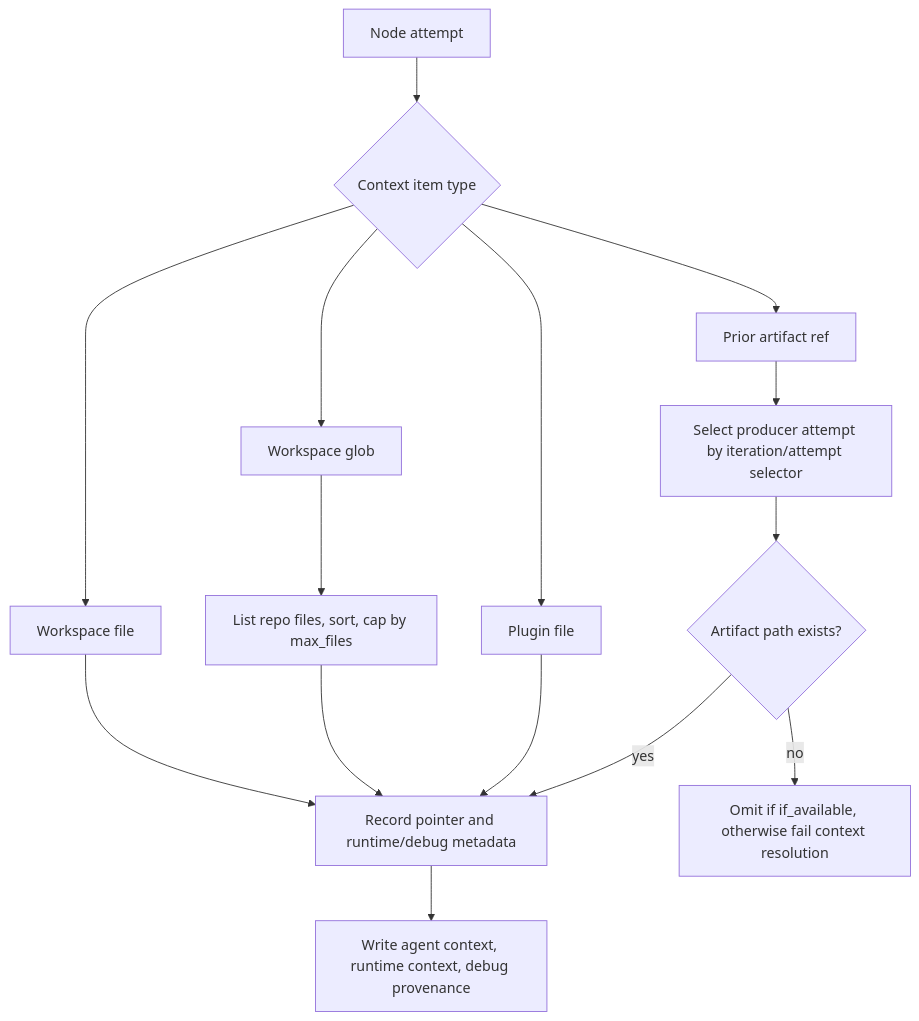
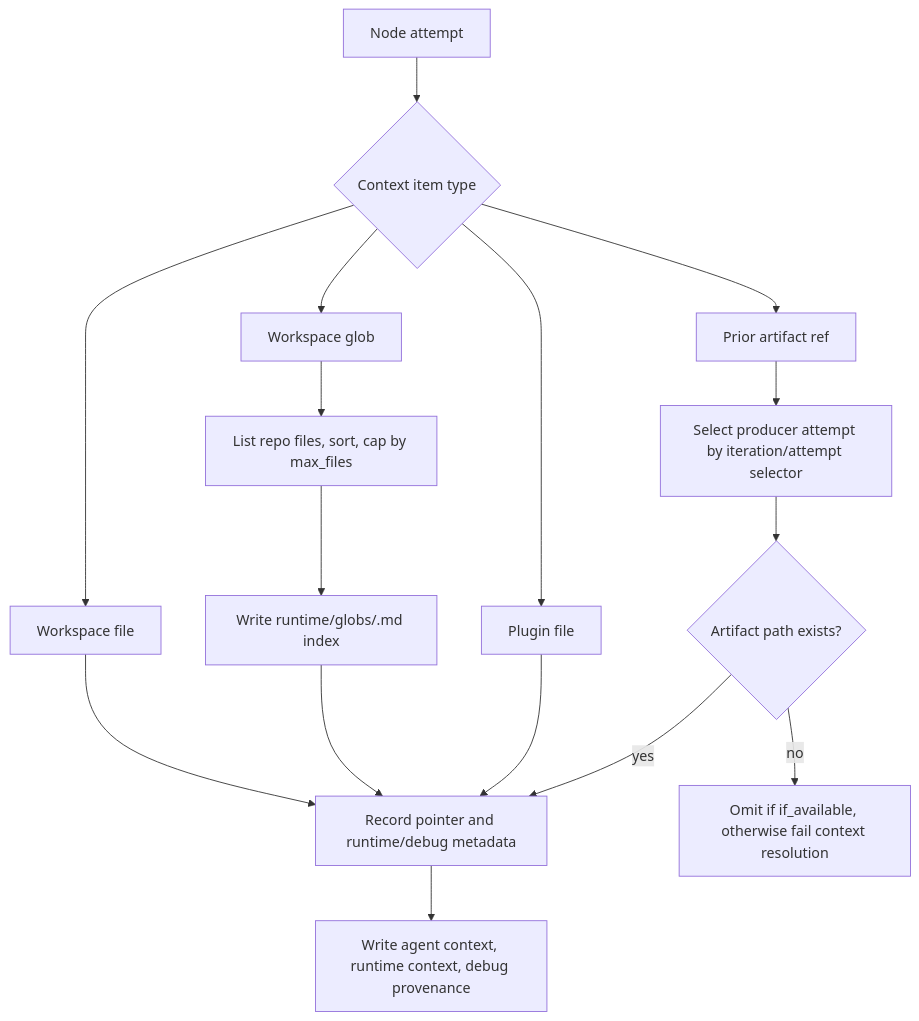
One commit to koji98/agentflow changed the third of 3 diagrams in docs/technical/context-and-artifacts.md. Above: the diagram before and after it, drawn with Mermaid. The commit also changed other lines of this file and 173 other files, not shown here.

````diff
--- a/docs/technical/context-and-artifacts.md
+++ b/docs/technical/context-and-artifacts.md
@@ -62,17 +72,18 @@
 ```mermaid
 flowchart TD
   start["Node attempt"] --> item{"Context item type"}
   item --> file["Workspace file"]
   item --> glob["Workspace glob"]
   item --> plugin["Plugin file"]
   item --> ref["Prior artifact ref"]
   glob --> sort["List repo files, sort, cap by max_files"]
+  sort --> glob_index["Write runtime/globs/<name>.md index"]
   ref --> attempts["Select producer attempt by iteration/attempt selector"]
   attempts --> artifact{"Artifact path exists?"}
   artifact -- yes --> pointer["Record pointer and runtime/debug metadata"]
   artifact -- no --> omit["Omit if if_available, otherwise fail context resolution"]
   file --> pointer
   plugin --> pointer
-  sort --> pointer
+  glob_index --> pointer
   pointer --> write["Write agent context, runtime context, debug provenance"]
 ```
````
